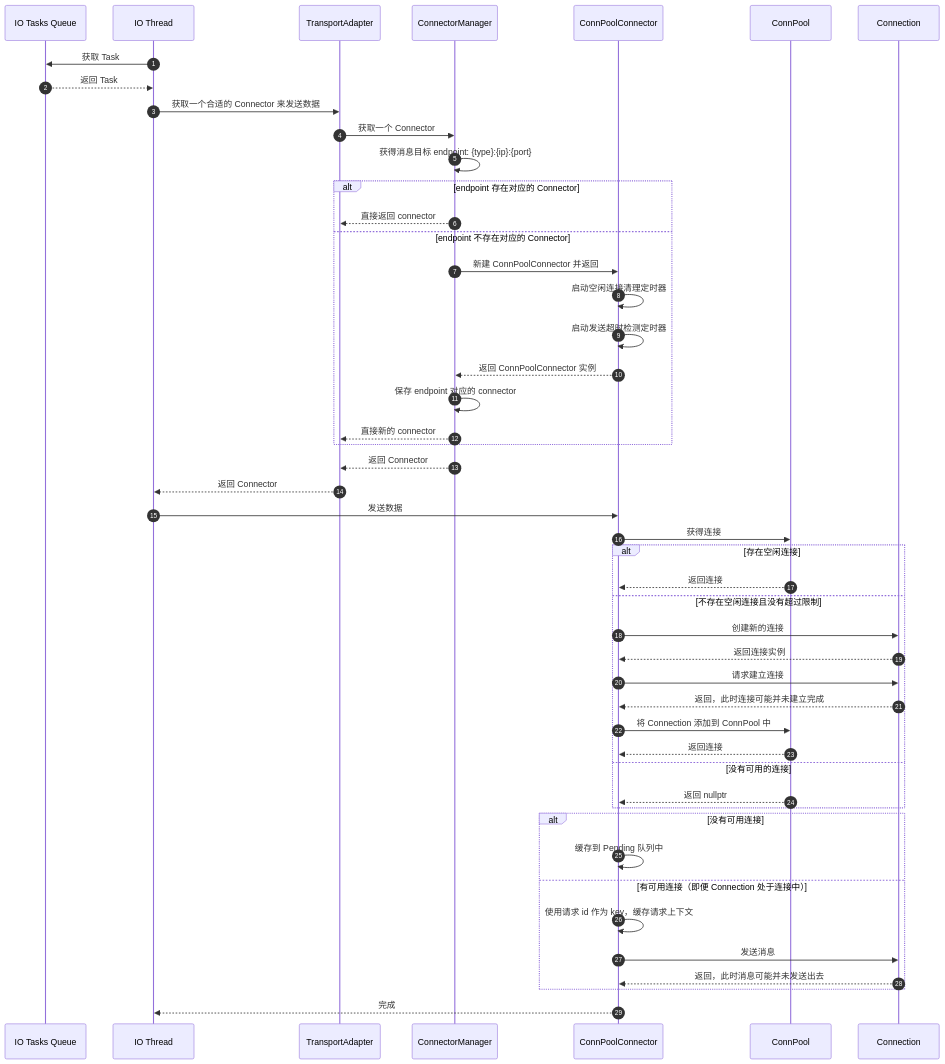
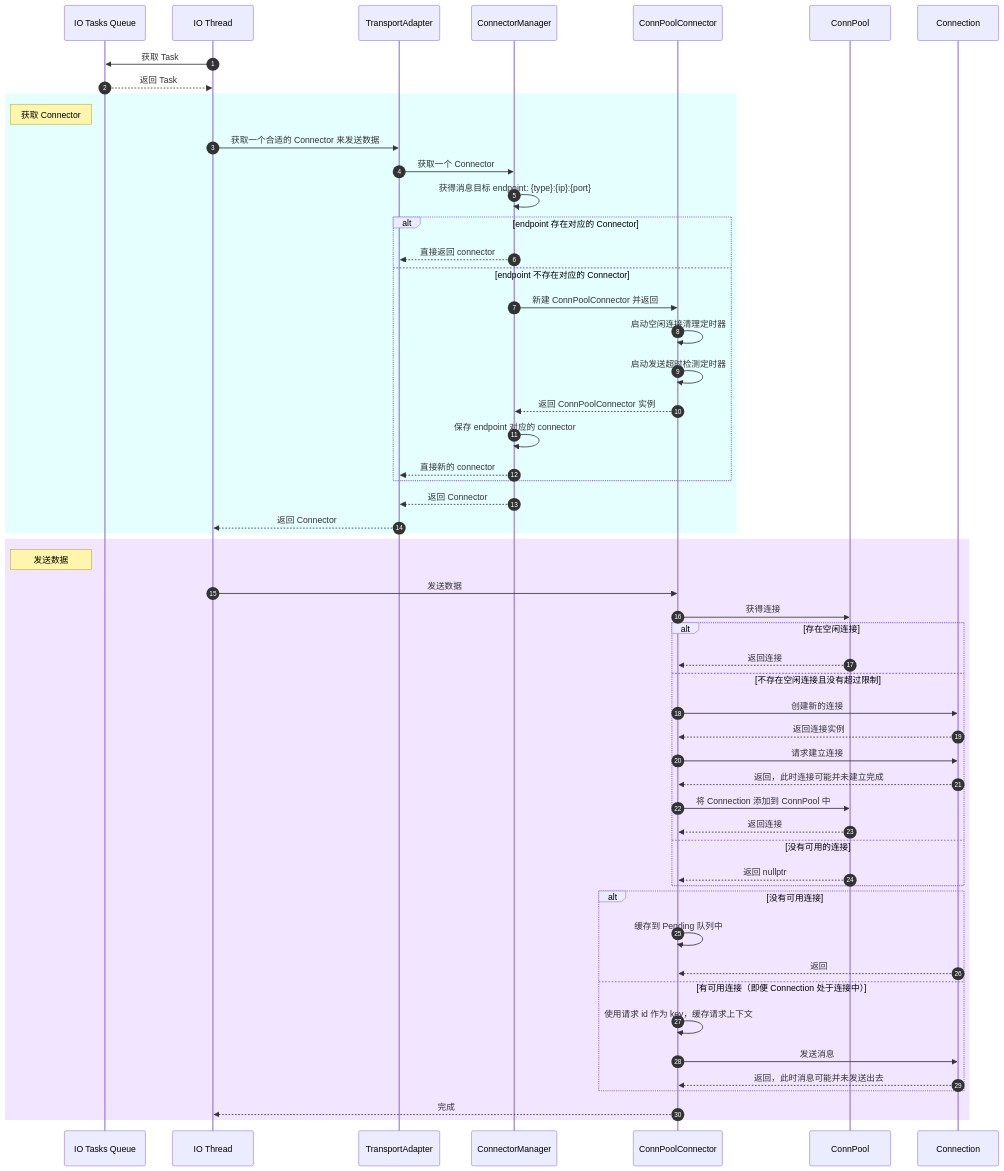
The third of 4 diagrams in posts/xrpc/xrpc-transport/client-transport.md (lsj9383/blog), drawn with Mermaid before and after one commit. The commit also changed 1 other file, not shown here.

````diff
--- a/posts/xrpc/xrpc-transport/client-transport.md
+++ b/posts/xrpc/xrpc-transport/client-transport.md
@@ -366,55 +366,62 @@
 ```mermaid
 sequenceDiagram
 autonumber
 
 participant io_tasks_queue as IO Tasks Queue
 participant io_thread as IO Thread
 participant trans_adapter as TransportAdapter
 participant connector_manager as ConnectorManager
 participant connector as ConnPoolConnector
 participant conn_pool as ConnPool
 participant conn as Connection
 
 io_thread ->> io_tasks_queue: 获取 Task
 io_tasks_queue -->> io_thread: 返回 Task
 
-io_thread ->> trans_adapter: 获取一个合适的 Connector 来发送数据
-trans_adapter ->> connector_manager: 获取一个 Connector
-connector_manager ->> connector_manager: 获得消息目标 endpoint: {type}:{ip}:{port}
-alt endpoint 存在对应的 Connector
-  connector_manager -->> trans_adapter: 直接返回 connector
-else endpoint 不存在对应的 Connector
-  connector_manager ->> connector: 新建 ConnPoolConnector 并返回
-  connector ->> connector: 启动空闲连接清理定时器
-  connector ->> connector: 启动发送超时检测定时器
-  connector -->> connector_manager: 返回 ConnPoolConnector 实例
-  connector_manager ->> connector_manager: 保存 endpoint 对应的 connector
-  connector_manager -->> trans_adapter: 直接新的 connector
-end
-connector_manager -->> trans_adapter: 返回 Connector
-trans_adapter -->> io_thread: 返回 Connector
-
-io_thread ->> connector: 发送数据
-connector ->> conn_pool: 获得连接
-alt 存在空闲连接
-  conn_pool -->> connector: 返回连接
-else 不存在空闲连接且没有超过限制
-  connector ->> conn: 创建新的连接
-  conn -->> connector: 返回连接实例
-  connector ->> conn: 请求建立连接
-  conn -->> connector: 返回，此时连接可能并未建立完成
-  connector ->> conn_pool: 将 Connection 添加到 ConnPool 中
-  conn_pool -->> connector: 返回连接
-else 没有可用的连接
-  conn_pool -->> connector: 返回 nullptr
+rect rgb(0, 255, 255, .1)
+  Note left of io_tasks_queue: 获取 Connector
+  io_thread ->> trans_adapter: 获取一个合适的 Connector 来发送数据
+  trans_adapter ->> connector_manager: 获取一个 Connector
+  connector_manager ->> connector_manager: 获得消息目标 endpoint: {type}:{ip}:{port}
+  alt endpoint 存在对应的 Connector
+    connector_manager -->> trans_adapter: 直接返回 connector
+  else endpoint 不存在对应的 Connector
+    connector_manager ->> connector: 新建 ConnPoolConnector 并返回
+    connector ->> connector: 启动空闲连接清理定时器
+    connector ->> connector: 启动发送超时检测定时器
+    connector -->> connector_manager: 返回 ConnPoolConnector 实例
+    connector_manager ->> connector_manager: 保存 endpoint 对应的 connector
+    connector_manager -->> trans_adapter: 直接新的 connector
+  end
+  connector_manager -->> trans_adapter: 返回 Connector
+  trans_adapter -->> io_thread: 返回 Connector
 end
 
-alt 没有可用连接
-  connector ->> connector: 缓存到 Pending 队列中
-else 有可用连接（即便 Connection 处于连接中）
-  connector ->> connector: 使用请求 id 作为 key，缓存请求上下文
-  connector ->> conn: 发送消息
-  conn -->> connector: 返回，此时消息可能并未发送出去
+rect rgb(120, 0, 255, .1)
+  Note left of io_tasks_queue: 发送数据
+  io_thread ->> connector: 发送数据
+  connector ->> conn_pool: 获得连接
+  alt 存在空闲连接
+    conn_pool -->> connector: 返回连接
+  else 不存在空闲连接且没有超过限制
+    connector ->> conn: 创建新的连接
+    conn -->> connector: 返回连接实例
+    connector ->> conn: 请求建立连接
+    conn -->> connector: 返回，此时连接可能并未建立完成
+    connector ->> conn_pool: 将 Connection 添加到 ConnPool 中
+    conn_pool -->> connector: 返回连接
+  else 没有可用的连接
+    conn_pool -->> connector: 返回 nullptr
+  end
+
+  alt 没有可用连接
+    connector ->> connector: 缓存到 Pending 队列中
+    conn -->> connector: 返回
+  else 有可用连接（即便 Connection 处于连接中）
+    connector ->> connector: 使用请求 id 作为 key，缓存请求上下文
+    connector ->> conn: 发送消息
+    conn -->> connector: 返回，此时消息可能并未发送出去
+  end
+  connector -->> io_thread: 完成
 end
-connector -->> io_thread: 完成
 ```
````
